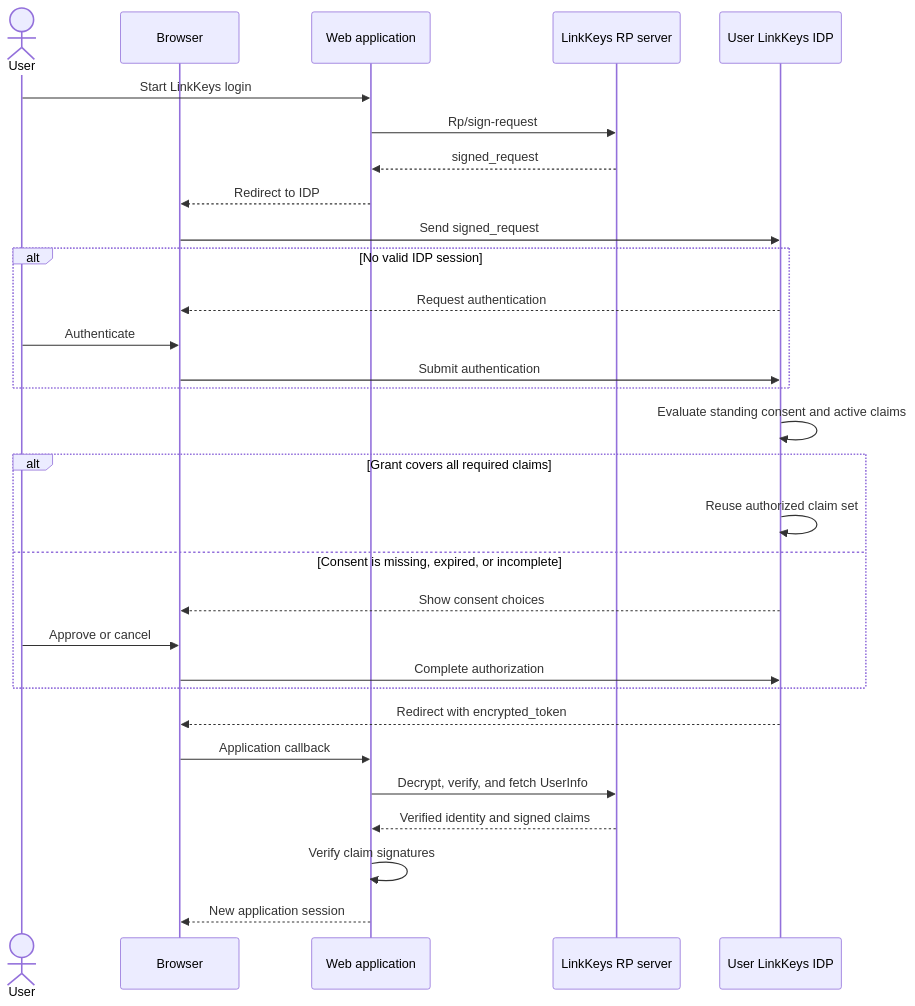
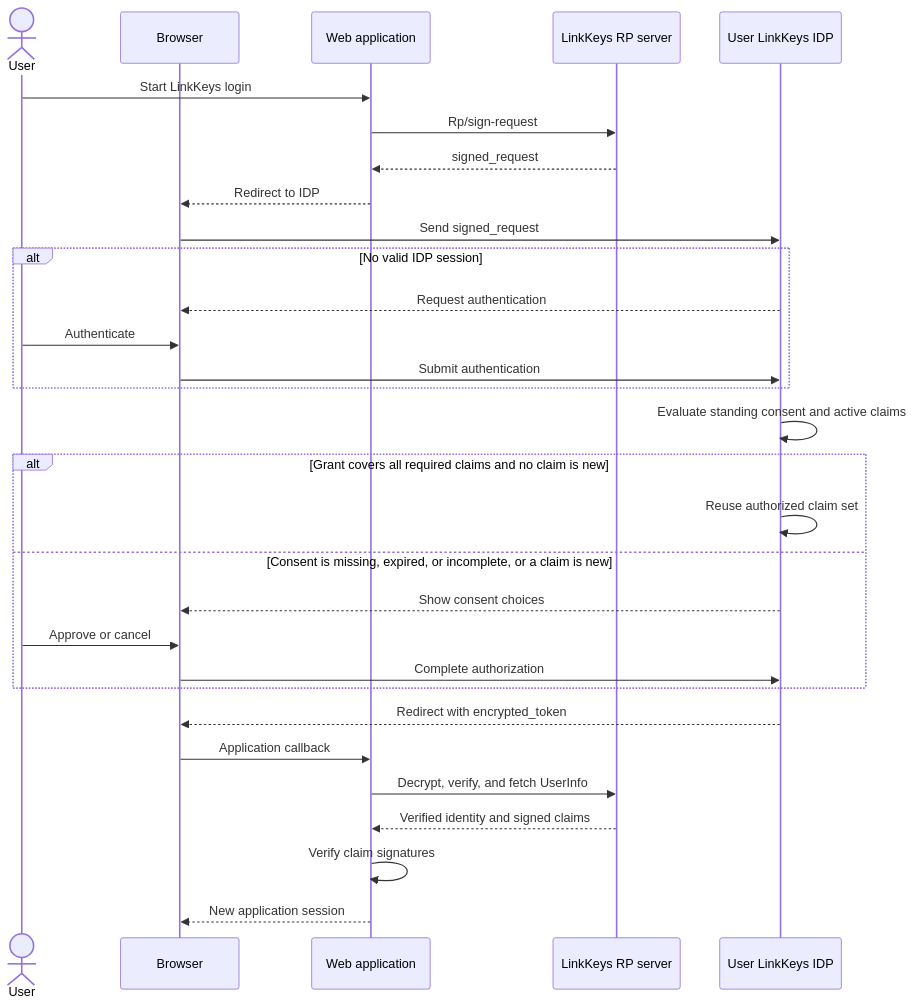
One commit to catalystcommunity/linkkeys changed the third of 5 diagrams in docs/authentication-and-claims-flow.md. Above: the diagram before and after it, drawn with Mermaid. The commit also changed other lines of this file and 128 other files, not shown here.

````diff
--- a/docs/authentication-and-claims-flow.md
+++ b/docs/authentication-and-claims-flow.md
@@ -205,36 +213,36 @@
 ```mermaid
 sequenceDiagram
     actor User
     participant Browser
     participant App as Web application
     participant RP as LinkKeys RP server
     participant IDP as User LinkKeys IDP
 
     User->>App: Start LinkKeys login
     App->>RP: Rp/sign-request
     RP-->>App: signed_request
     App-->>Browser: Redirect to IDP
     Browser->>IDP: Send signed_request
 
     alt No valid IDP session
         IDP-->>Browser: Request authentication
         User->>Browser: Authenticate
         Browser->>IDP: Submit authentication
     end
 
     IDP->>IDP: Evaluate standing consent and active claims
-    alt Grant covers all required claims
+    alt Grant covers all required claims and no claim is new
         IDP->>IDP: Reuse authorized claim set
-    else Consent is missing, expired, or incomplete
+    else Consent is missing, expired, or incomplete, or a claim is new
         IDP-->>Browser: Show consent choices
         User->>Browser: Approve or cancel
         Browser->>IDP: Complete authorization
     end
 
     IDP-->>Browser: Redirect with encrypted_token
     Browser->>App: Application callback
     App->>RP: Decrypt, verify, and fetch UserInfo
     RP-->>App: Verified identity and signed claims
     App->>App: Verify claim signatures
     App-->>Browser: New application session
 ```
````
